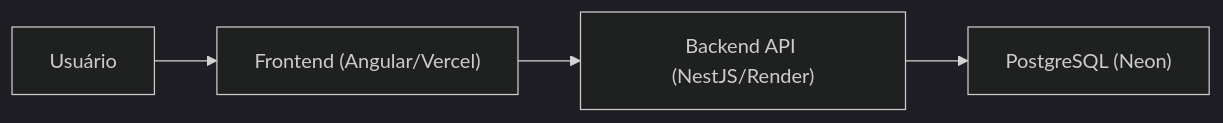
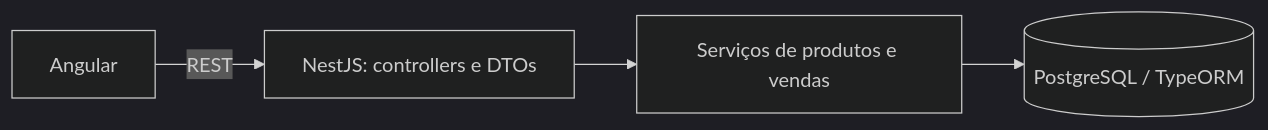
One commit to guilhermehgl/sistema_loja_fullstack changed the diagram in README.md. Above: the diagram before and after it, drawn with Mermaid (dark theme). The commit also changed other lines of this file and 9 other files, not shown here.

````diff
--- a/README.md
+++ b/README.md
@@ -58,6 +30,6 @@
 ```mermaid
 flowchart LR
-  U["Usuário"] --> F["Frontend (Angular/Vercel)"]
-  F --> B["Backend API (NestJS/Render)"]
-  B --> D["PostgreSQL (Neon)"]
+  A[Angular] -->|REST| B[NestJS: controllers e DTOs]
+  B --> C[Serviços de produtos e vendas]
+  C --> D[(PostgreSQL / TypeORM)]
 ```
````
